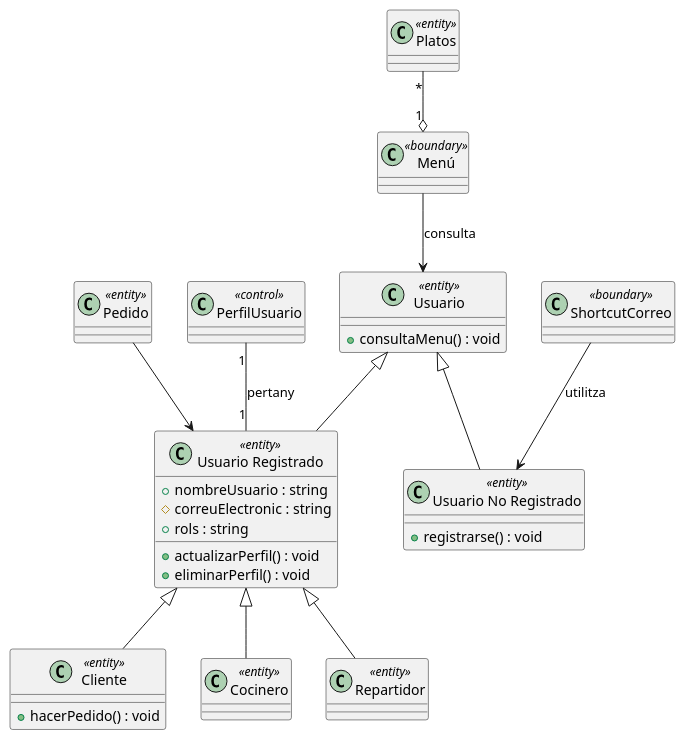
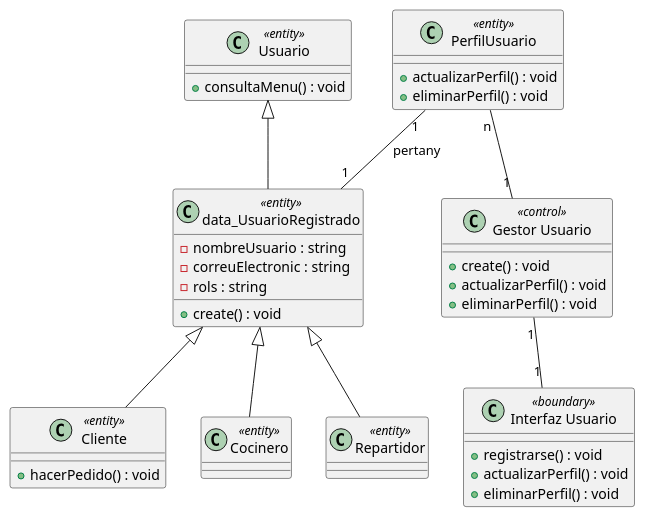
The diagram in documents/Diagrama Clases/CodeUML/bloq1.pUML (dabien3/ES25UAB-511-05), drawn with PlantUML before and after one commit. The commit also changed 3 other files, not shown here.

Commit message:
update diagramaClases

```diff
--- a/documents/Diagrama Clases/CodeUML/bloq1.pUML
+++ b/documents/Diagrama Clases/CodeUML/bloq1.pUML
@@ -1,43 +1,47 @@
 @startuml
 class Usuario <<entity>>
 {
    +consultaMenu() : void
 }
-class "Usuario Registrado" as UsuarioRegistrado <<entity>>
+class "data_UsuarioRegistrado" as UsuarioRegistrado <<entity>>
 {
-   +nombreUsuario : string
-   #correuElectronic : string
-   +rols : string
-   +actualizarPerfil() : void
-   +eliminarPerfil() : void
-   
-}
-class "Usuario No Registrado" as UsuarioNoRegistrado <<entity>>
-{
-   +registrarse() : void
+   -nombreUsuario : string
+   -correuElectronic : string
+   -rols : string
+   +create() : void   
 }
 class Cliente <<entity>>
 {
    +hacerPedido() : void
 }
+class "Gestor Usuario" as GestorUsuario <<control>>
+{
+   +create() : void
+   +actualizarPerfil() : void
+   +eliminarPerfil() : void
+}
+class "Interfaz Usuario" as InterfazUsuario <<boundary>>
+{
+   +registrarse() : void
+   +actualizarPerfil() : void
+   +eliminarPerfil() : void
+}
 class Cocinero <<entity>>
 class Repartidor <<entity>>
-class Pedido <<entity>>
-class Menú <<boundary>>
-class ShortcutCorreo <<boundary>>
-class PerfilUsuario <<control>>
-class Platos <<entity>>
+class PerfilUsuario <<entity>>
+{
+   +actualizarPerfil() : void
+   +eliminarPerfil() : void
+}
+
 
 Usuario <|-- UsuarioRegistrado
-Usuario <|-- UsuarioNoRegistrado
 UsuarioRegistrado <|-- Cliente
 UsuarioRegistrado <|-- Cocinero
 UsuarioRegistrado <|-- Repartidor
-Pedido --> UsuarioRegistrado
-Menú --> Usuario : consulta
 PerfilUsuario "1" -- "1" UsuarioRegistrado : pertany
-Platos "*" --o "1" Menú
-ShortcutCorreo --> UsuarioNoRegistrado : utilitza
+PerfilUsuario "n" -- "1" GestorUsuario
+GestorUsuario "1" -- "1" InterfazUsuario
 
 
 @enduml
```
